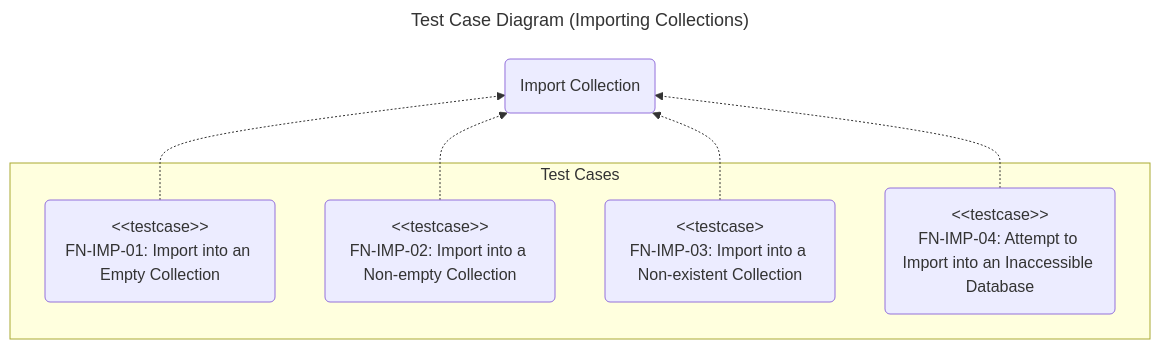
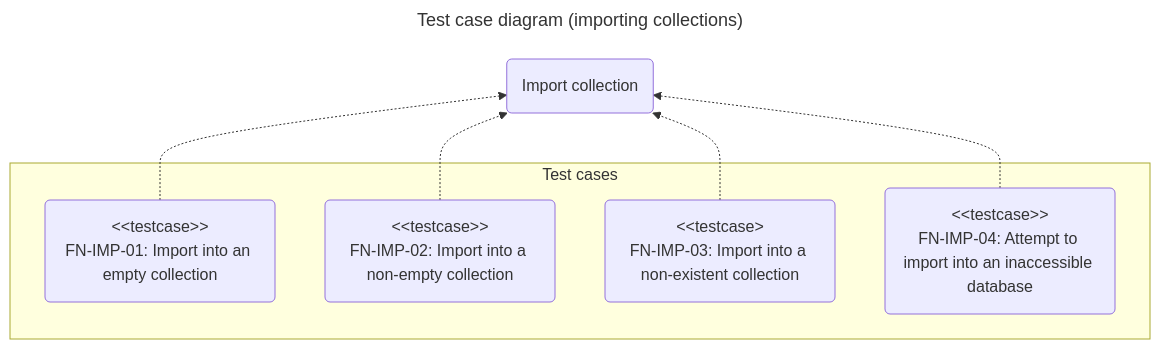
Before and after one commit to chromiodev/chromie-tool: the third of 6 diagrams in docs/spec/tests/functional.en.md, drawn with Mermaid. The commit also changed other lines of this file and 25 other files, not shown here.

````diff
--- a/docs/spec/tests/functional.en.md
+++ b/docs/spec/tests/functional.en.md
@@ -198,22 +200,22 @@
 ```mermaid
 ---
-title: Test Case Diagram (Importing Collections)
+title: Test case diagram (importing collections)
 config:
 ---
 
 graph BT
   %% use cases
-  importColl@{ shape: "rounded", label: "Import Collection" }
+  importColl@{ shape: "rounded", label: "Import collection" }
 
-  subgraph "Test Cases"
-    importIntoEmptyColl@{ shape: "rounded", label: "#lt;#lt;testcase>><br>FN-IMP-01: Import into an Empty Collection" }
-    importIntoNonEmptyColl@{ shape: "rounded", label: "#lt;#lt;testcase>><br>FN-IMP-02: Import into a Non-empty Collection" }
-    importIntoNonExistingColl@{ shape: "rounded", label: "#lt;#lt;testcase><br>FN-IMP-03: Import into a Non-existent Collection" }
-    importIntoUnknownServer@{ shape: "rounded", label: "#lt;#lt;testcase>><br>FN-IMP-04: Attempt to Import into an Inaccessible Database" }
+  subgraph "Test cases"
+    importIntoEmptyColl@{ shape: "rounded", label: "#lt;#lt;testcase>><br>FN-IMP-01: Import into an empty collection" }
+    importIntoNonEmptyColl@{ shape: "rounded", label: "#lt;#lt;testcase>><br>FN-IMP-02: Import into a non-empty collection" }
+    importIntoNonExistingColl@{ shape: "rounded", label: "#lt;#lt;testcase><br>FN-IMP-03: Import into a non-existent collection" }
+    importIntoUnknownServer@{ shape: "rounded", label: "#lt;#lt;testcase>><br>FN-IMP-04: Attempt to import into an inaccessible database" }
   end
 
   importIntoEmptyColl -.-> importColl
   importIntoNonEmptyColl -.-> importColl
   importIntoNonExistingColl -.-> importColl
   importIntoUnknownServer -.-> importColl
 ```
````
